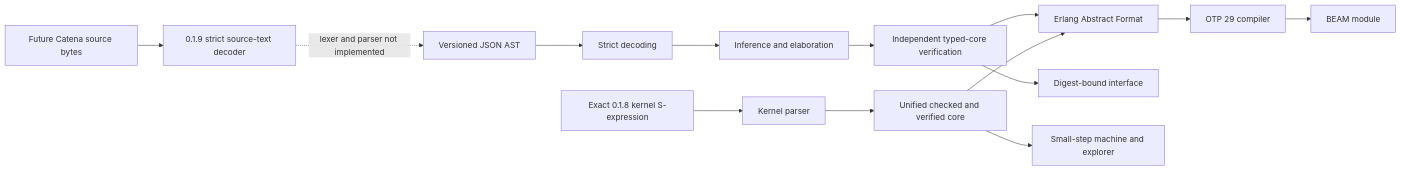
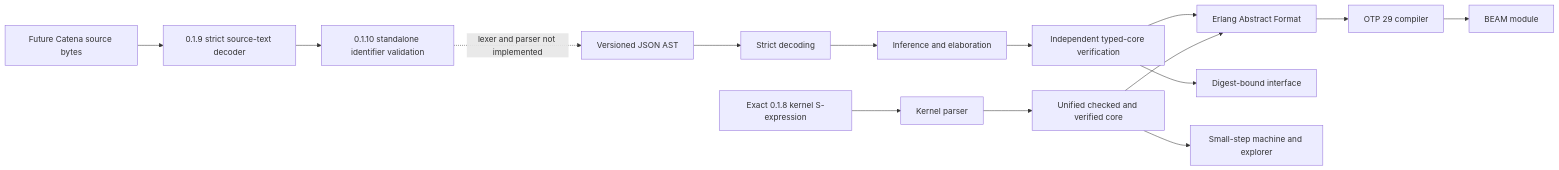
Before and after one commit to pcharbon70/catena: the diagram in guides/getting-started.md, drawn with Mermaid. The commit also changed other lines of this file and 37 other files, not shown here.

Commit message:
Implement C014 identifier validation

````diff
--- a/guides/getting-started.md
+++ b/guides/getting-started.md
@@ -161,16 +169,17 @@
 ```mermaid
 flowchart LR
     Source[Future Catena source bytes] --> Text[0.1.9 strict source-text decoder]
-    Text -. lexer and parser not implemented .-> JSON[Versioned JSON AST]
+    Text --> Names[0.1.10 standalone identifier validation]
+    Names -. lexer and parser not implemented .-> JSON[Versioned JSON AST]
     Kernel[Exact 0.1.8 kernel S-expression] --> KDecode[Kernel parser]
     JSON --> Decode[Strict decoding]
     Decode --> Infer[Inference and elaboration]
     Infer --> Verify[Independent typed-core verification]
     Verify --> Lower[Erlang Abstract Format]
     Lower --> OTP[OTP 29 compiler]
     OTP --> Beam[BEAM module]
     Verify --> Interface[Digest-bound interface]
     KDecode --> KVerify[Unified checked and verified core]
     KVerify --> Lower
     KVerify --> Reference[Small-step machine and explorer]
 ```
````
